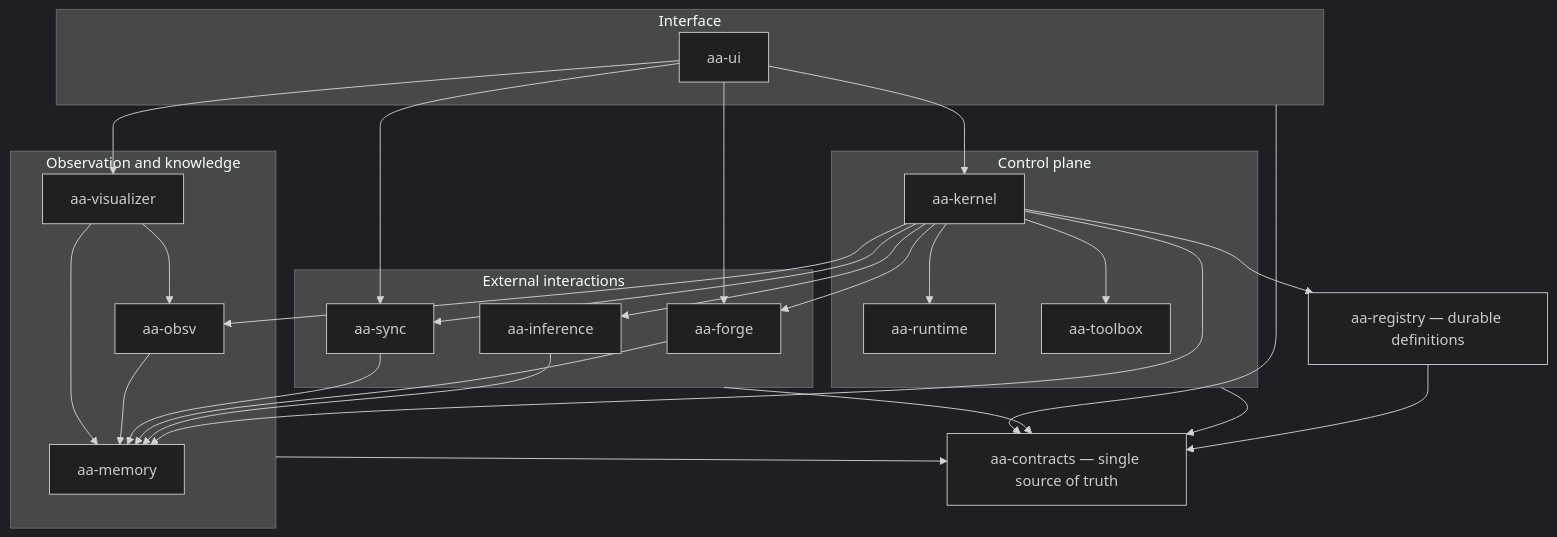
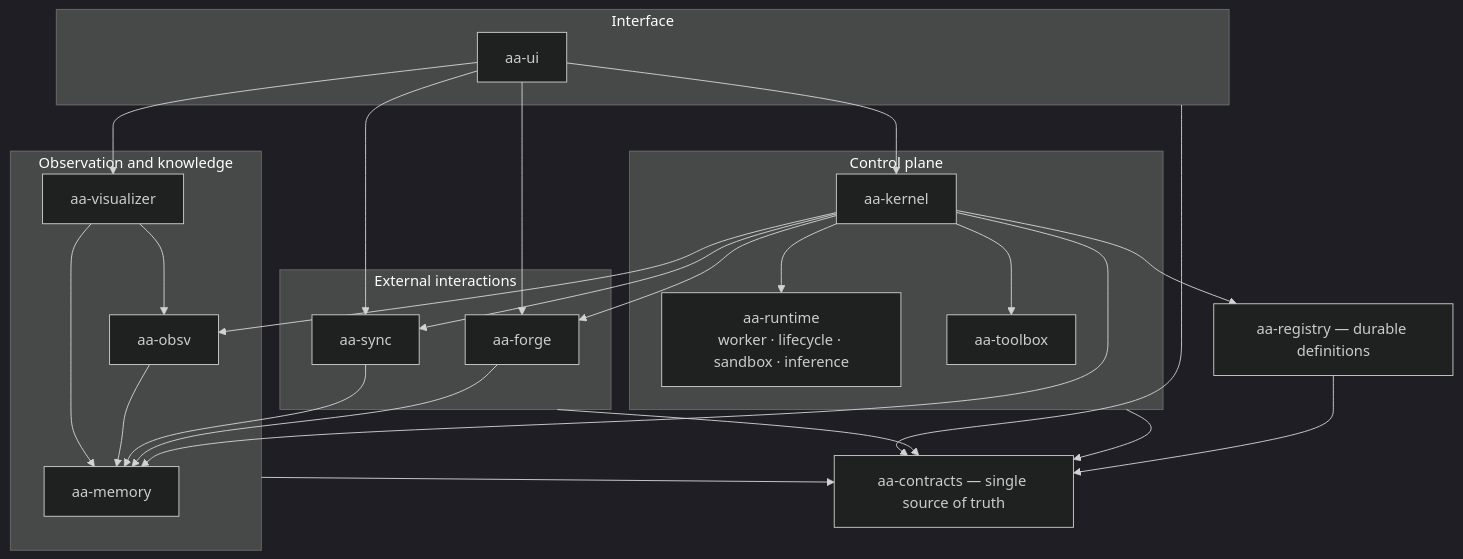
Before and after one commit to greadee/aa: the second of 6 diagrams in docs/architecture/README.md, drawn with Mermaid (dark theme). The commit also changed other lines of this file and 1 other file, not shown here.

Commit message:
update update-phase and architecture diagrams

````diff
--- a/docs/architecture/README.md
+++ b/docs/architecture/README.md
@@ -135,47 +138,44 @@
 ```mermaid
 flowchart TB
     subgraph UX["Interface"]
         ui["aa-ui"]
     end
     subgraph Control["Control plane"]
         kernel["aa-kernel"]
-        runtime["aa-runtime"]
+        runtime["aa-runtime<br/>worker · lifecycle · sandbox · inference"]
         toolbox["aa-toolbox"]
     end
     subgraph World["External interactions"]
         forge["aa-forge"]
         sync["aa-sync"]
-        inference["aa-inference"]
     end
     subgraph Knowledge["Observation and knowledge"]
         obsv["aa-obsv"]
         memory["aa-memory"]
         visualizer["aa-visualizer"]
     end
     registry["aa-registry — durable definitions"]
     contracts["aa-contracts — single source of truth"]
 
     ui --> kernel
     ui --> visualizer
     ui --> forge
     ui --> sync
     kernel --> registry
     kernel --> runtime
     kernel --> toolbox
     kernel --> obsv
     kernel --> memory
-    kernel --> inference
     kernel --> sync
     kernel --> forge
-    inference --> memory
     forge --> memory
     sync --> memory
     obsv --> memory
     visualizer --> obsv
     visualizer --> memory
     registry --> contracts
     Control --> contracts
     World --> contracts
     Knowledge --> contracts
     UX --> contracts
 ```
````
